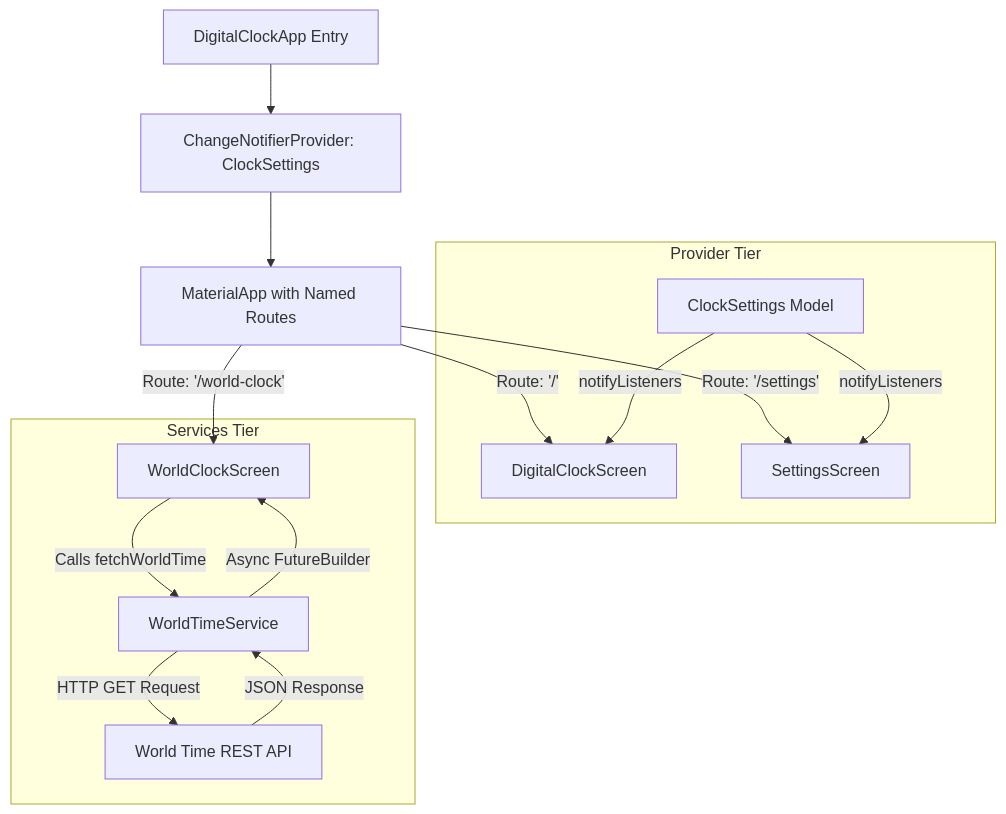
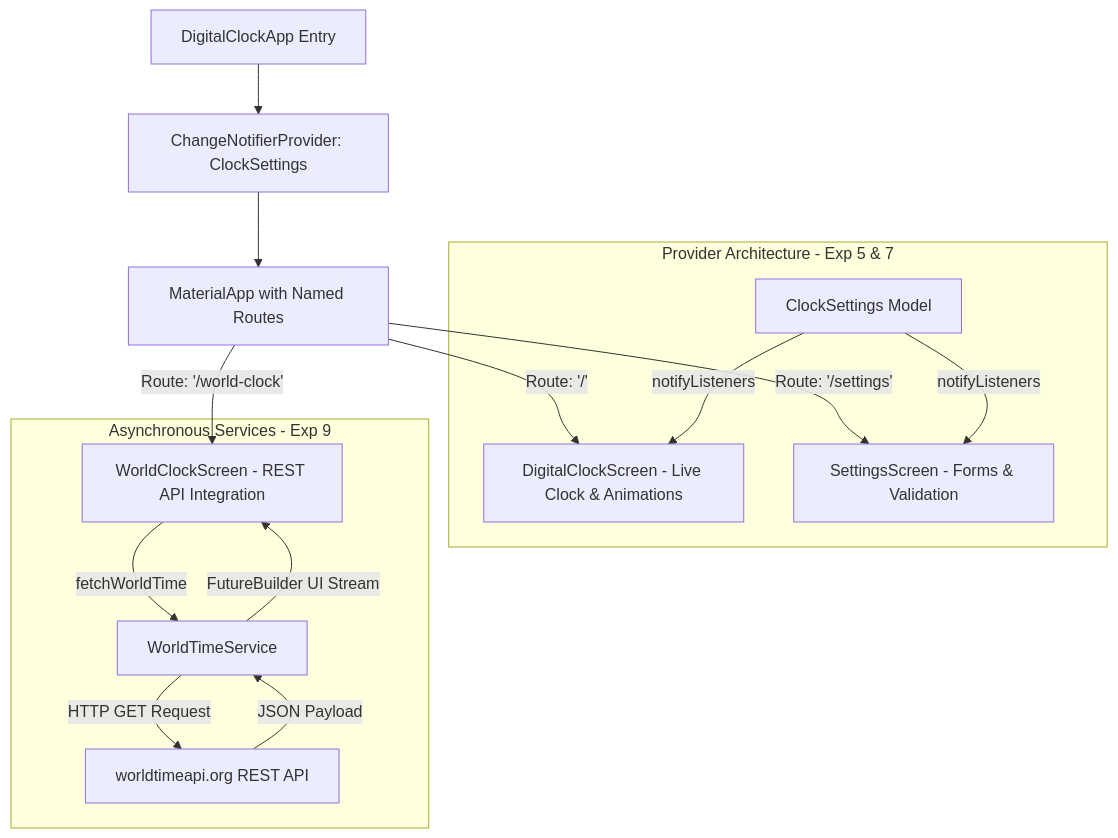
One commit to sainitheesh07/digital_clock_app changed the diagram in README.md. Above: the diagram before and after it, drawn with Mermaid. The commit also changed other lines of this file and 22 other files, not shown here.

````diff
--- a/README.md
+++ b/README.md
@@ -39,22 +47,22 @@
 ```mermaid
 flowchart TD
     App[DigitalClockApp Entry] --> RootProv[ChangeNotifierProvider: ClockSettings]
     RootProv --> MatApp[MaterialApp with Named Routes]
     
-    MatApp -->|Route: '/'| ScreenHome[DigitalClockScreen]
-    MatApp -->|Route: '/world-clock'| ScreenWorld[WorldClockScreen]
-    MatApp -->|Route: '/settings'| ScreenSettings[SettingsScreen]
+    MatApp -->|Route: '/'| ScreenHome[DigitalClockScreen - Live Clock & Animations]
+    MatApp -->|Route: '/world-clock'| ScreenWorld[WorldClockScreen - REST API Integration]
+    MatApp -->|Route: '/settings'| ScreenSettings[SettingsScreen - Forms & Validation]
 
-    subgraph State Management [Provider Tier]
+    subgraph State Management [Provider Architecture - Exp 5 & 7]
         CS[ClockSettings Model]
         CS -->|notifyListeners| ScreenHome
         CS -->|notifyListeners| ScreenSettings
     end
 
-    subgraph Networking [Services Tier]
-        ScreenWorld -->|Calls fetchWorldTime| WTS[WorldTimeService]
-        WTS -->|HTTP GET Request| RESTAPI[World Time REST API]
-        RESTAPI -->|JSON Response| WTS
-        WTS -->|Async FutureBuilder| ScreenWorld
+    subgraph Networking [Asynchronous Services - Exp 9]
+        ScreenWorld -->|fetchWorldTime| WTS[WorldTimeService]
+        WTS -->|HTTP GET Request| RESTAPI[worldtimeapi.org REST API]
+        RESTAPI -->|JSON Payload| WTS
+        WTS -->|FutureBuilder UI Stream| ScreenWorld
     end
 ```
````
